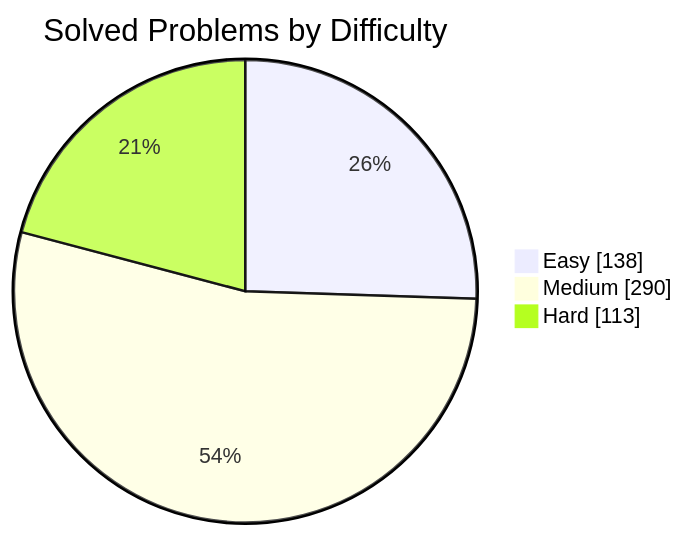
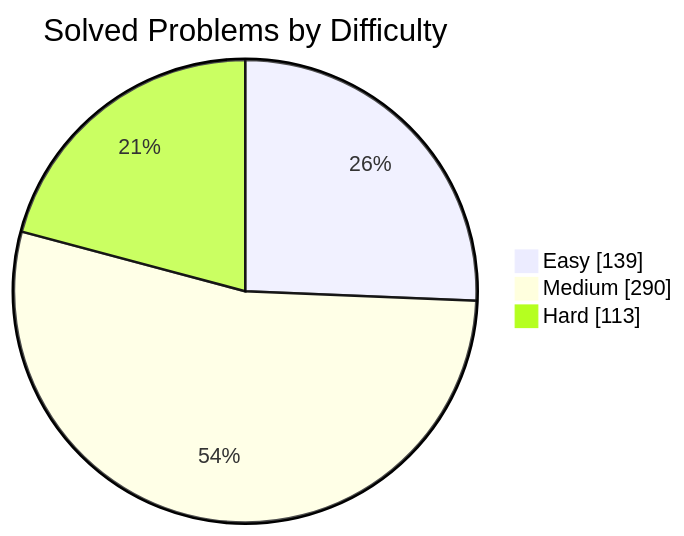
One commit to manikantbindass/DSA-Preparation-FAANG changed the first of 2 diagrams in README.md. Above: the diagram before and after it, drawn with Mermaid. The commit also changed other lines of this file and 1 other file, not shown here.

````diff
--- a/README.md
+++ b/README.md
@@ -79,7 +79,7 @@
 ```mermaid
 pie showData
     title Solved Problems by Difficulty
-    "Easy" : 138
+    "Easy" : 139
     "Medium" : 290
     "Hard" : 113
 ```
````
